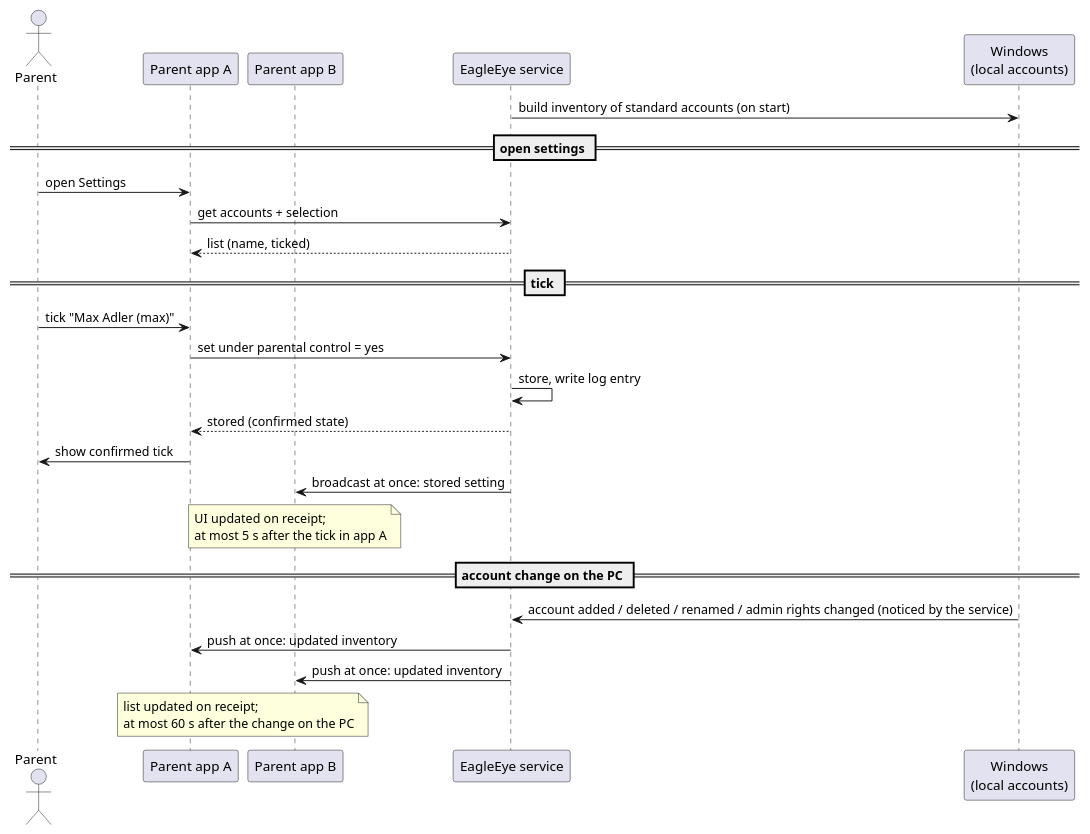
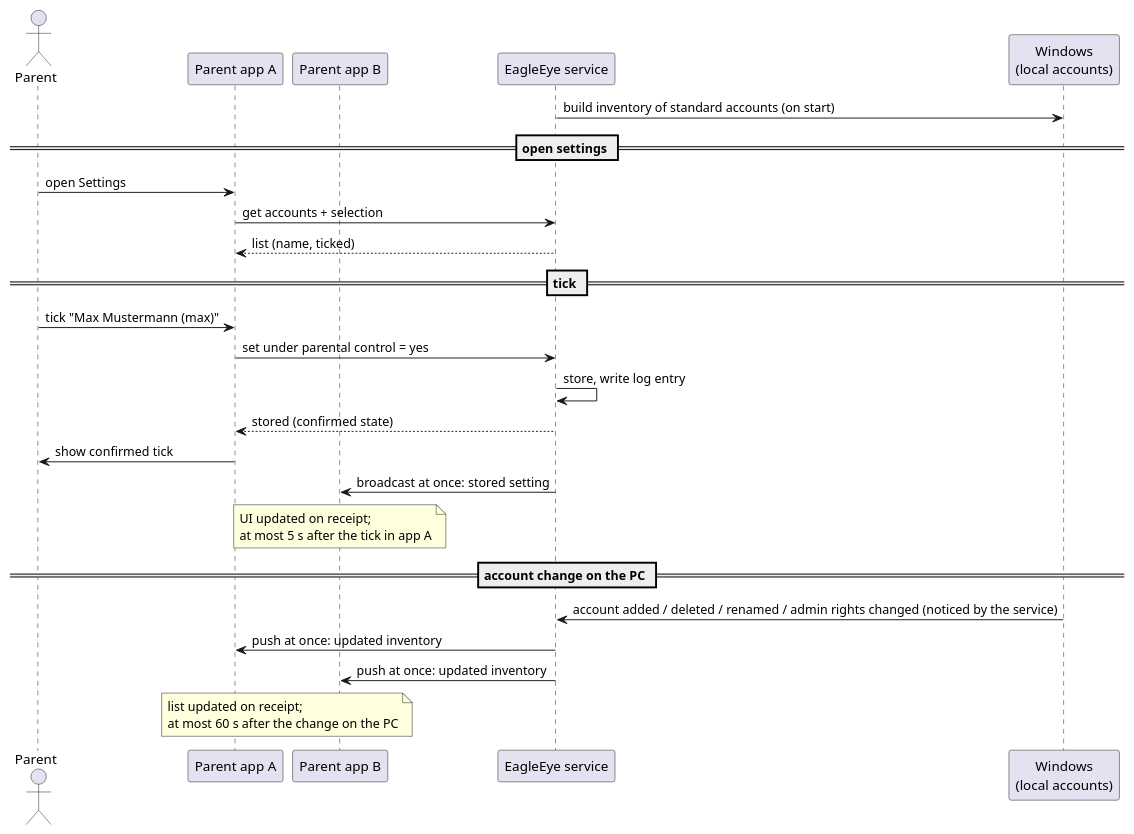
Before and after one commit to adlemich/EagleEye: the third of 3 diagrams in 02_Implementation/docs/requirements/user-stories/US-003/user-story.md, drawn with PlantUML. The commit also changed other lines of this file and 220 other files, not shown here.

````diff
--- a/02_Implementation/docs/requirements/user-stories/US-003/user-story.md
+++ b/02_Implementation/docs/requirements/user-stories/US-003/user-story.md
@@ -170,34 +170,34 @@
 ```plantuml
 @startuml
 actor Parent
 participant "Parent app A" as AppA
 participant "Parent app B" as AppB
 participant "EagleEye service" as Svc
 participant "Windows\n(local accounts)" as Win
 
 Svc -> Win : build inventory of standard accounts (on start)
 == open settings ==
 Parent -> AppA : open Settings
 AppA -> Svc : get accounts + selection
 Svc --> AppA : list (name, ticked)
 == tick ==
-Parent -> AppA : tick "Max Adler (max)"
+Parent -> AppA : tick "Max Mustermann (max)"
 AppA -> Svc : set under parental control = yes
 Svc -> Svc : store, write log entry
 Svc --> AppA : stored (confirmed state)
 AppA -> Parent : show confirmed tick
 Svc -> AppB : broadcast at once: stored setting
 note over AppB
 UI updated on receipt;
 at most 5 s after the tick in app A
 end note
 == account change on the PC ==
 Win -> Svc : account added / deleted / renamed / admin rights changed (noticed by the service)
 Svc -> AppA : push at once: updated inventory
 Svc -> AppB : push at once: updated inventory
 note over AppA, AppB
 list updated on receipt;
 at most 60 s after the change on the PC
 end note
 @enduml
 ```
````
